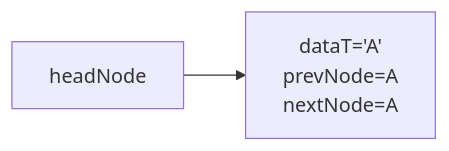
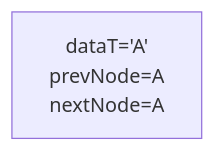
Before and after one commit to YOAyes/iodraw-files: the diagram in all/未命名-10.md, drawn with Mermaid.

Commit message:
2025-06-16 16:31:24 update

````diff
--- a/all/未命名-10.md
+++ b/all/未命名-10.md
@@ -1,5 +1,5 @@
 ```mermaid
 graph LR
     A[dataT='A'<br>prevNode=A<br>nextNode=A]
-    headNode-->A
+    A
 ```
````
